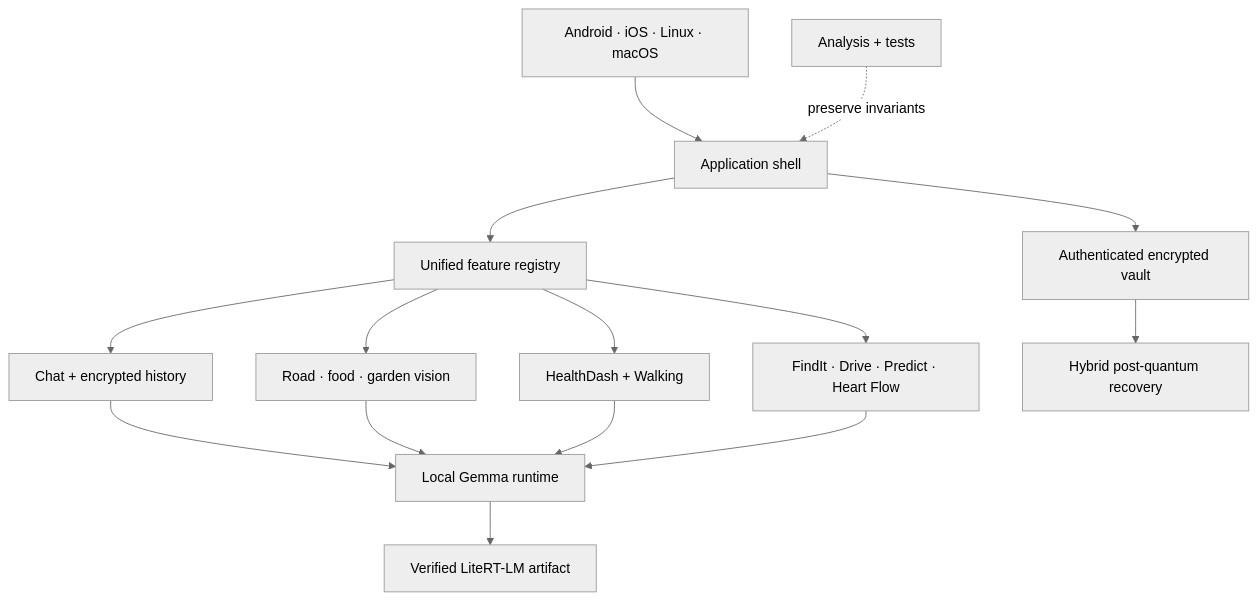
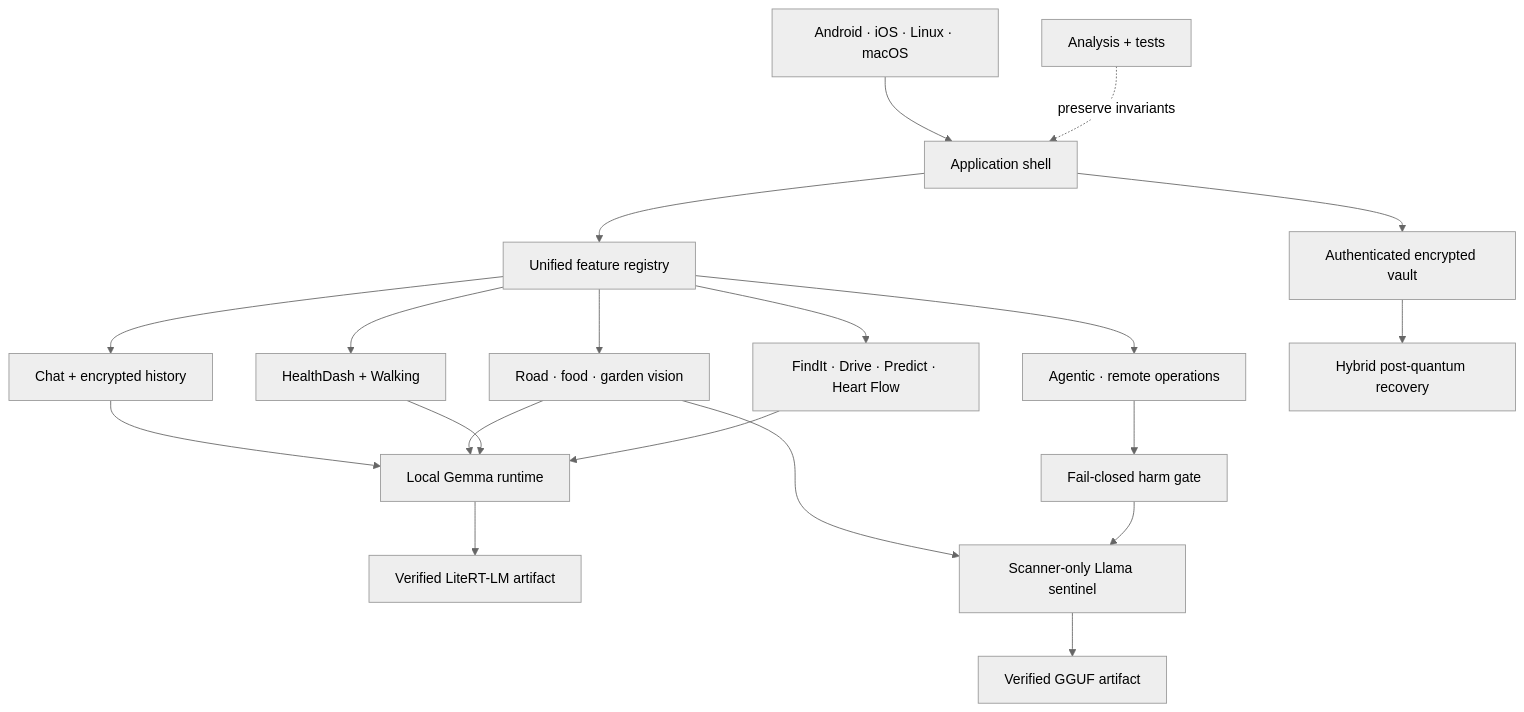
One commit to ornab74/naza_one_generation_ui_code changed the diagram in README.md. Above: the diagram before and after it, drawn with Mermaid (neutral theme). The commit also changed other lines of this file, not shown here.

````diff
--- a/README.md
+++ b/README.md
@@ -39,17 +71,22 @@
 ```mermaid
 flowchart TD
     Shells[Android · iOS · Linux · macOS] --> App[Application shell]
     App --> Nav[Unified feature registry]
     Nav --> Chat[Chat + encrypted history]
     Nav --> Scan[Road · food · garden vision]
+    Nav --> Agentic[Agentic · remote operations]
     Nav --> Health[HealthDash + Walking]
     Nav --> Intelligence[FindIt · Drive · Predict · Heart Flow]
     Chat --> Runtime[Local Gemma runtime]
     Scan --> Runtime
     Health --> Runtime
     Intelligence --> Runtime
     Runtime --> Model[Verified LiteRT-LM artifact]
+    Scan --> Sentinel[Scanner-only Llama sentinel]
+    Agentic --> Gate[Fail-closed harm gate]
+    Gate --> Sentinel
+    Sentinel --> SafetyModel[Verified GGUF artifact]
     App --> Vault[Authenticated encrypted vault]
     Vault --> Recovery[Hybrid post-quantum recovery]
     Tests[Analysis + tests] -. preserve invariants .-> App
 ```
````
